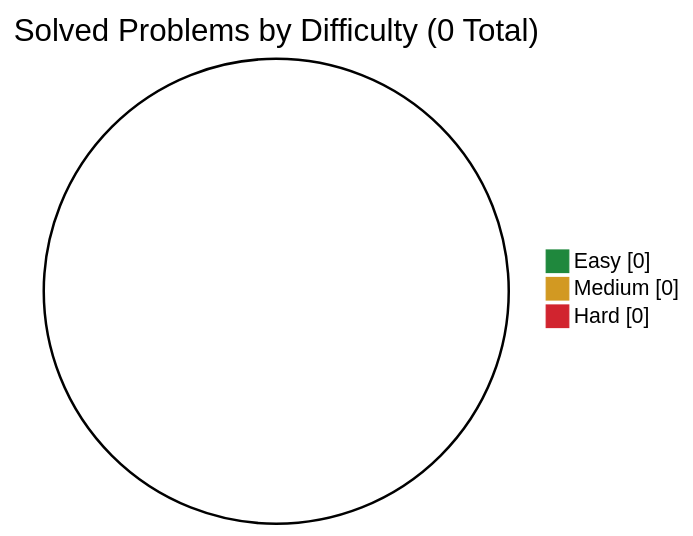
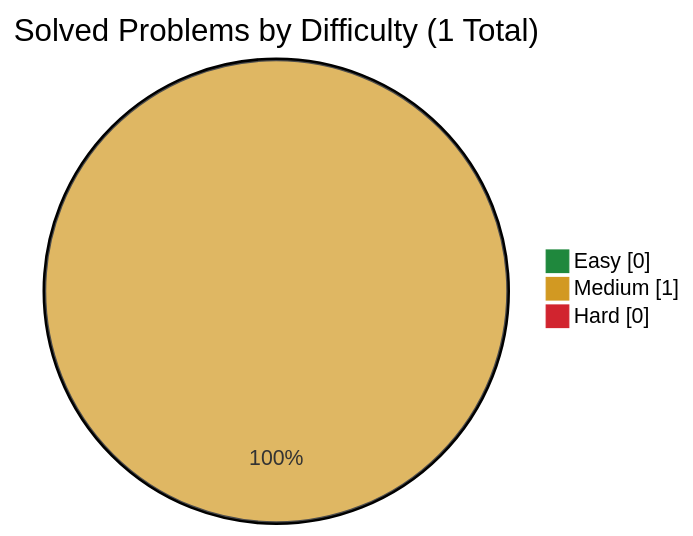
The diagram in companies/roblox/README.md (simonesiega/leetcode-solutions), drawn with Mermaid before and after one commit. The commit also changed other lines of this file and 5 other files, not shown here.

````diff
--- a/companies/roblox/README.md
+++ b/companies/roblox/README.md
@@ -15,8 +15,8 @@
 ```mermaid
 %%{init: {"themeVariables": {"pie1": "#1f883d", "pie2": "#d29922", "pie3": "#d1242f"}}}%%
 pie showData
-    title Solved Problems by Difficulty (0 Total)
+    title Solved Problems by Difficulty (1 Total)
     "Easy" : 0
-    "Medium" : 0
+    "Medium" : 1
     "Hard" : 0
 ```
````
